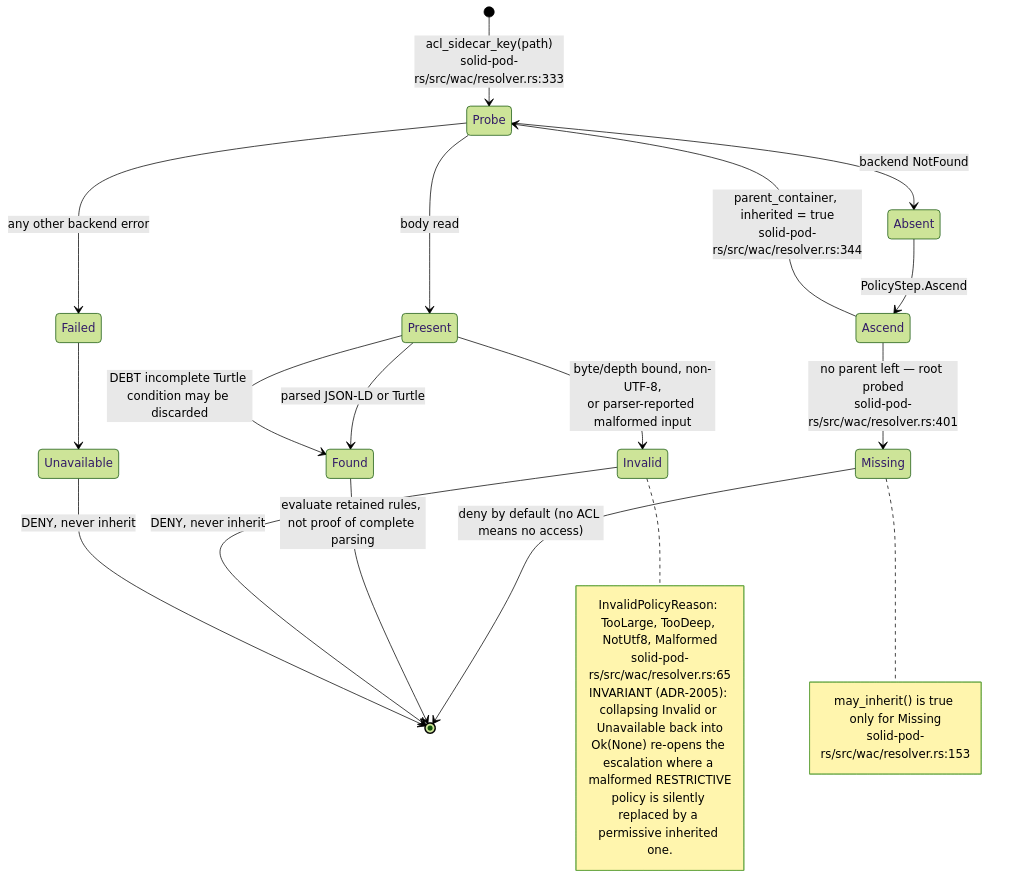
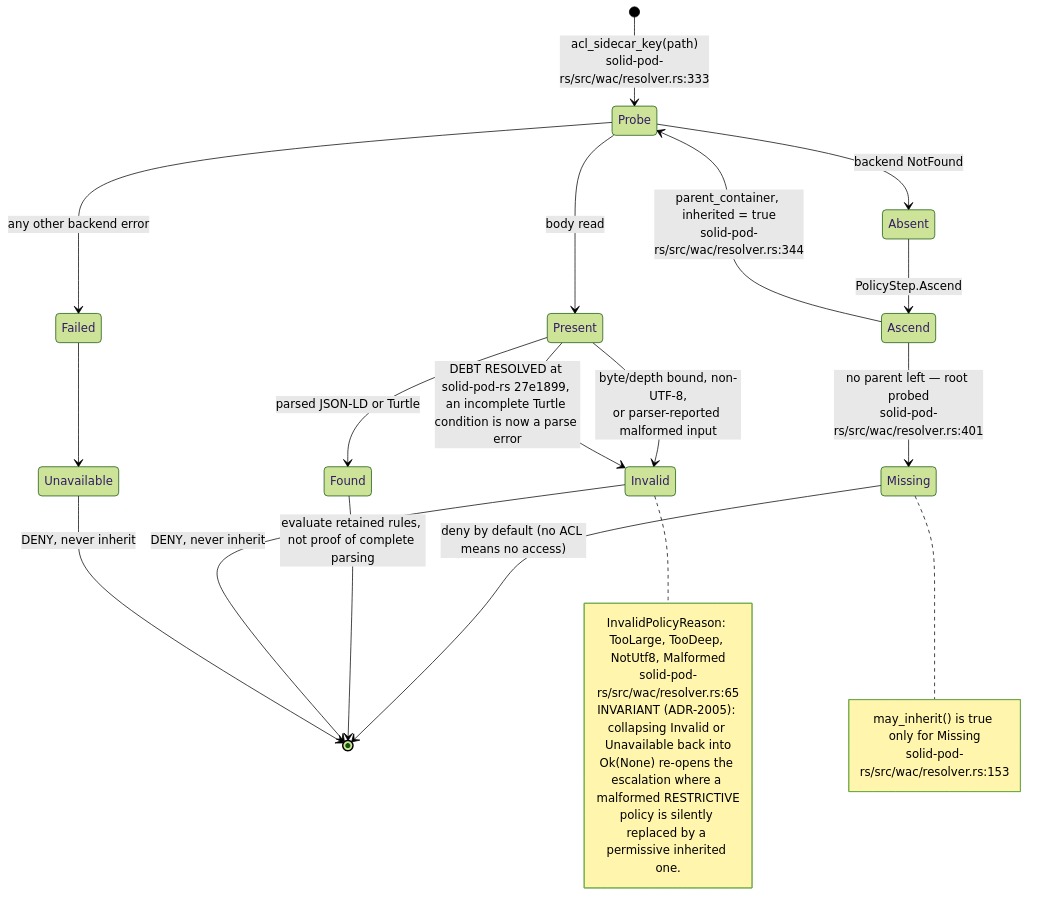
Before and after one commit to DreamLab-AI/VisionFlow: the third of 13 diagrams in docs/diagrams/solid-pod-rs/04-wac-authorisation.md, drawn with Mermaid (forest theme). The commit also changed other lines of this file and 59 other files, not shown here.

First line of the commit message:
docs(diagrams): re-derive and re-stamp forum, website, pod, ontomark and sealmap topics

````diff
--- a/docs/diagrams/solid-pod-rs/04-wac-authorisation.md
+++ b/docs/diagrams/solid-pod-rs/04-wac-authorisation.md
@@ -99,34 +100,34 @@
 ```mermaid
 stateDiagram-v2
     [*] --> Probe: acl_sidecar_key(path)<br/>solid-pod-rs/src/wac/resolver.rs:333
     Probe --> Absent: backend NotFound
     Probe --> Present: body read
     Probe --> Failed: any other backend error
 
     %% Source: solid-pod-rs/src/wac/resolver.rs:249
     Absent --> Ascend: PolicyStep.Ascend
     Ascend --> Probe: parent_container, inherited = true<br/>solid-pod-rs/src/wac/resolver.rs:344
     Ascend --> Missing: no parent left — root probed<br/>solid-pod-rs/src/wac/resolver.rs:401
 
     Present --> Found: parsed JSON-LD or Turtle
     Present --> Invalid: byte/depth bound, non-UTF-8,<br/>or parser-reported malformed input
-    Present --> Found: DEBT incomplete Turtle condition may be discarded
+    Present --> Invalid: DEBT RESOLVED at solid-pod-rs 27e1899, an incomplete Turtle condition is now a parse error
     Failed --> Unavailable
 
     Missing --> [*]: deny by default (no ACL means no access)
     Found --> [*]: evaluate retained rules, not proof of complete parsing
     Invalid --> [*]: DENY, never inherit
     Unavailable --> [*]: DENY, never inherit
 
     note right of Invalid
       InvalidPolicyReason: TooLarge, TooDeep, NotUtf8, Malformed
       solid-pod-rs/src/wac/resolver.rs:65
       INVARIANT (ADR-2005): collapsing Invalid or Unavailable back into
       Ok(None) re-opens the escalation where a malformed RESTRICTIVE
       policy is silently replaced by a permissive inherited one.
     end note
     note right of Missing
       may_inherit() is true only for Missing
       solid-pod-rs/src/wac/resolver.rs:153
     end note
 ```
````
